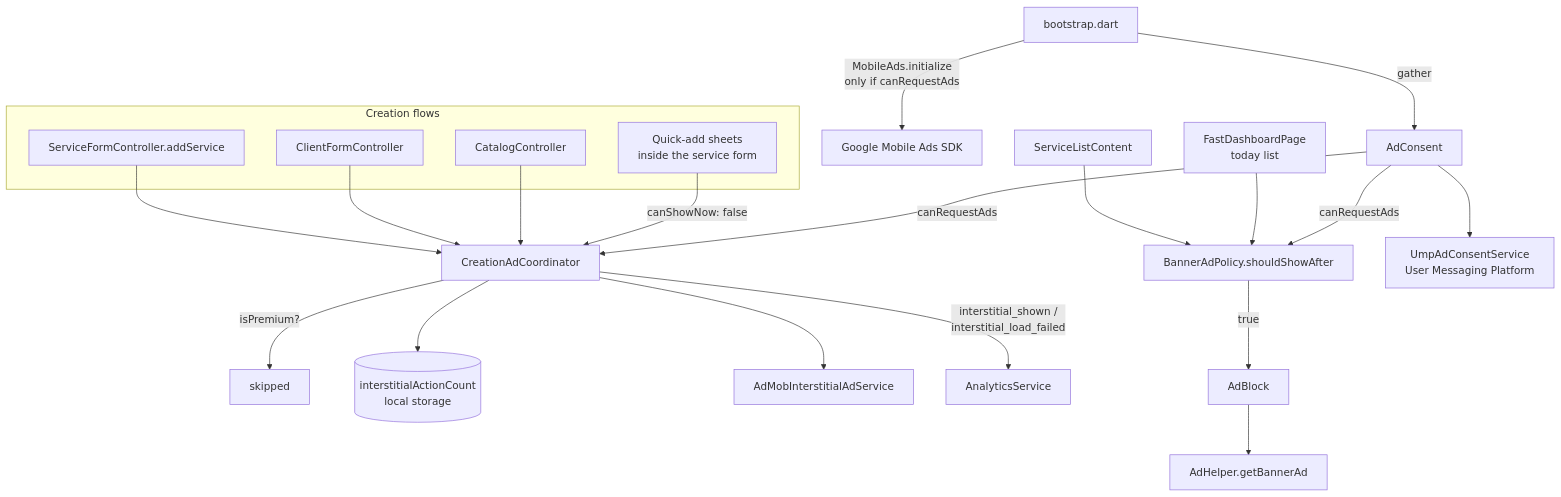
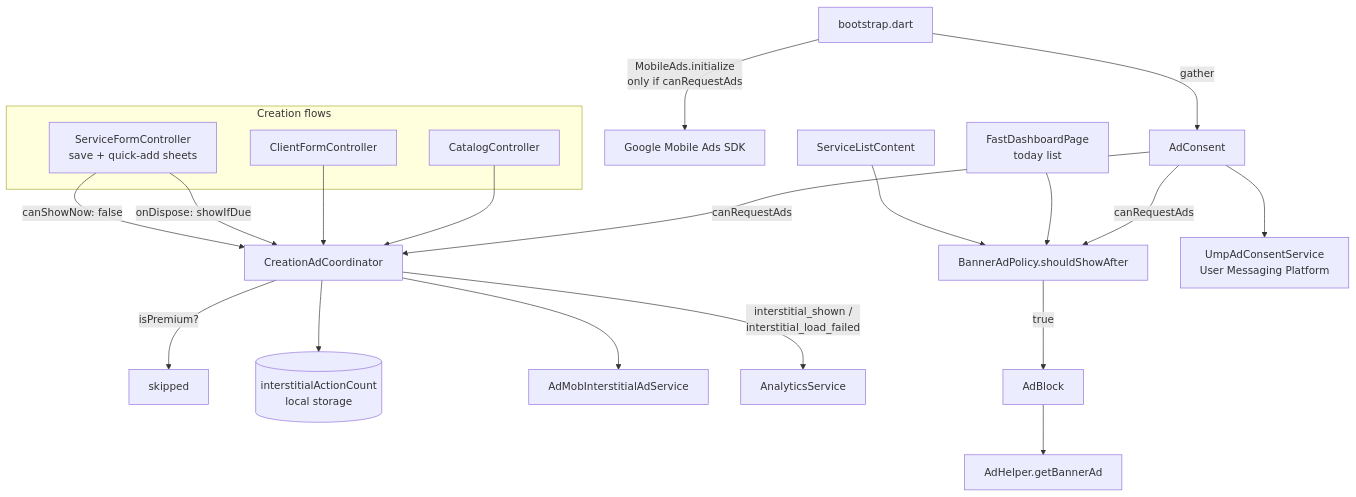
One commit to lucas-242/kazi changed the diagram in packages/kazi/lib/core/services/data/ads/README.md. Above: the diagram before and after it, drawn with Mermaid. The commit also changed other lines of this file and 6 other files, not shown here.

Commit message:
fix: ad coordinator fixed to show interestial when form closes

````diff
--- a/packages/kazi/lib/core/services/data/ads/README.md
+++ b/packages/kazi/lib/core/services/data/ads/README.md
@@ -26,30 +26,29 @@
 ```mermaid
 flowchart TD
     subgraph creation[Creation flows]
-        SF[ServiceFormController.addService]
+        SF[ServiceFormController<br/>save + quick-add sheets]
         CF[ClientFormController]
         CAT[CatalogController]
-        QA[Quick-add sheets<br/>inside the service form]
     end
 
-    SF --> CAC[CreationAdCoordinator]
+    SF -->|canShowNow: false| CAC[CreationAdCoordinator]
+    SF -->|onDispose: showIfDue| CAC
     CF --> CAC
     CAT --> CAC
-    QA -->|canShowNow: false| CAC
 
     CAC -->|isPremium?| SKIP[skipped]
     CAC --> COUNT[(interstitialActionCount<br/>local storage)]
     CAC --> IAS[AdMobInterstitialAdService]
     CAC -->|interstitial_shown /<br/>interstitial_load_failed| AN[AnalyticsService]
 
     SLC[ServiceListContent] --> BAP[BannerAdPolicy.shouldShowAfter]
     HOME[FastDashboardPage<br/>today list] --> BAP
     BAP -->|true| AB[AdBlock]
     AB --> AH[AdHelper.getBannerAd]
 
     BOOT[bootstrap.dart] -->|gather| CONS[AdConsent]
     CONS --> UMP[UmpAdConsentService<br/>User Messaging Platform]
     CONS -->|canRequestAds| CAC
     CONS -->|canRequestAds| BAP
     BOOT -->|MobileAds.initialize<br/>only if canRequestAds| SDK[Google Mobile Ads SDK]
 ```
````
